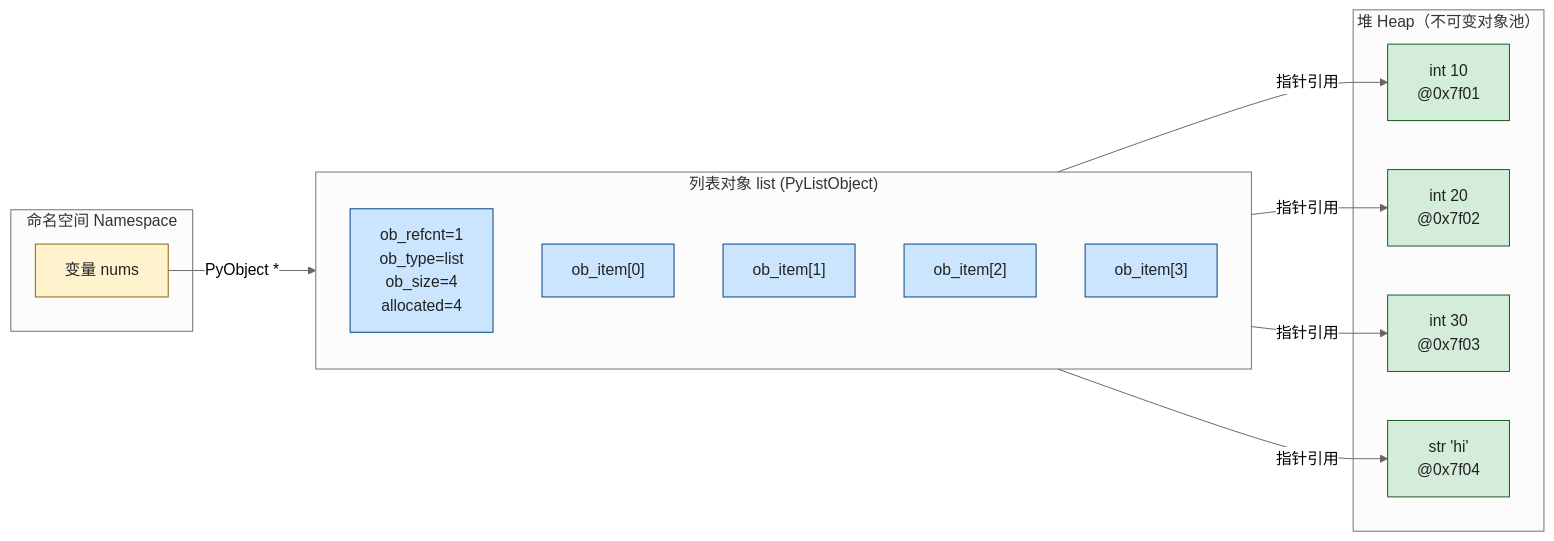
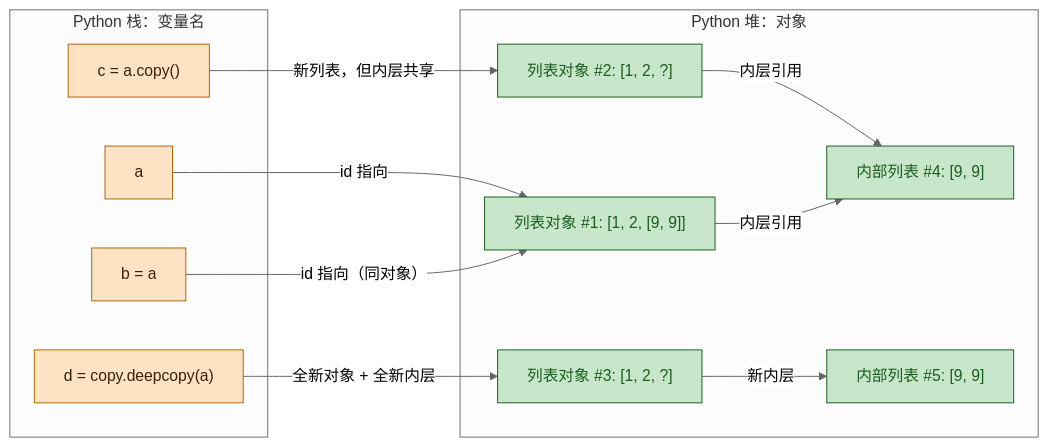
Before and after one commit to cypre5s/Pythontopia: the diagram in assets/inbox/edu_diagrams/01_list_memory.mmd, drawn with Mermaid (neutral theme). The commit also changed 798 other files, not shown here.

```diff
--- a/assets/inbox/edu_diagrams/01_list_memory.mmd
+++ b/assets/inbox/edu_diagrams/01_list_memory.mmd
@@ -1,37 +1,29 @@
-%% Pythontopia CC0 - 用途：演示 Python list 的内存模型（变量 → 列表对象 → 元素对象的三层引用关系）
-%% 关联 KC：PY43-KC-040（列表基本操作）、PY43-KC-044（序列基本操作）
-%% 示例代码： nums = [10, 20, 30, "hi"]
-
+%% Pythontopia CC0 - 用途：list 内存模型（引用 / 浅拷贝 / 深拷贝）- 对应 KC：PY43-KC-040 列表基本操作
 flowchart LR
-    subgraph NS["命名空间 Namespace"]
-        VAR["变量 nums"]
+    subgraph Stack["Python 栈：变量名"]
+        A["a"]
+        B["b = a"]
+        C["c = a.copy()"]
+        D["d = copy.deepcopy(a)"]
     end
 
-    subgraph LIST["列表对象 list (PyListObject)"]
-        direction TB
-        META["ob_refcnt=1<br/>ob_type=list<br/>ob_size=4<br/>allocated=4"]
-        SLOT0["ob_item[0]"]
-        SLOT1["ob_item[1]"]
-        SLOT2["ob_item[2]"]
-        SLOT3["ob_item[3]"]
+    subgraph Heap["Python 堆：对象"]
+        L1["列表对象 #1: [1, 2, [9, 9]]"]
+        L2["列表对象 #2: [1, 2, ?]"]
+        L3["列表对象 #3: [1, 2, ?]"]
+        Inner1["内部列表 #4: [9, 9]"]
+        Inner2["内部列表 #5: [9, 9]"]
     end
 
-    subgraph HEAP["堆 Heap（不可变对象池）"]
-        OBJ10["int 10<br/>@0x7f01"]
-        OBJ20["int 20<br/>@0x7f02"]
-        OBJ30["int 30<br/>@0x7f03"]
-        OBJHI["str 'hi'<br/>@0x7f04"]
-    end
+    A -- "id 指向" --> L1
+    B -- "id 指向（同对象）" --> L1
+    C -- "新列表，但内层共享" --> L2
+    L2 -- "内层引用" --> Inner1
+    L1 -- "内层引用" --> Inner1
+    D -- "全新对象 + 全新内层" --> L3
+    L3 -- "新内层" --> Inner2
 
-    VAR -->|"PyObject *"| LIST
-    SLOT0 -->|"指针引用"| OBJ10
-    SLOT1 -->|"指针引用"| OBJ20
-    SLOT2 -->|"指针引用"| OBJ30
-    SLOT3 -->|"指针引用"| OBJHI
-
-    classDef ns fill:#fff3cd,stroke:#856404,color:#222
-    classDef list fill:#cce5ff,stroke:#004085,color:#222
-    classDef heap fill:#d4edda,stroke:#155724,color:#222
-    class VAR ns
-    class META,SLOT0,SLOT1,SLOT2,SLOT3 list
-    class OBJ10,OBJ20,OBJ30,OBJHI heap
+    classDef stack fill:#fde2c4,stroke:#b06600,color:#3d2200,stroke-width:1px;
+    classDef heap fill:#c8e6c9,stroke:#1b5e20,color:#1b5e20,stroke-width:1px;
+    class A,B,C,D stack;
+    class L1,L2,L3,Inner1,Inner2 heap;
```
